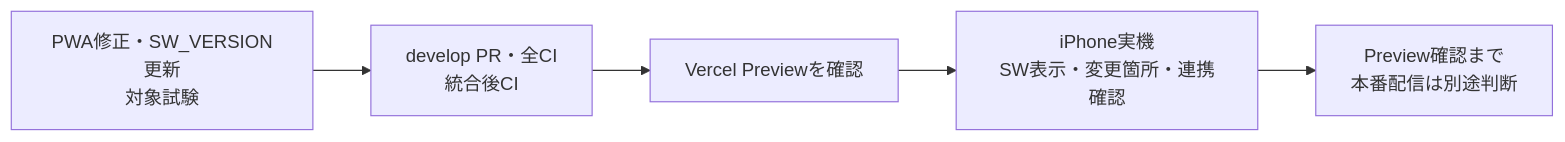
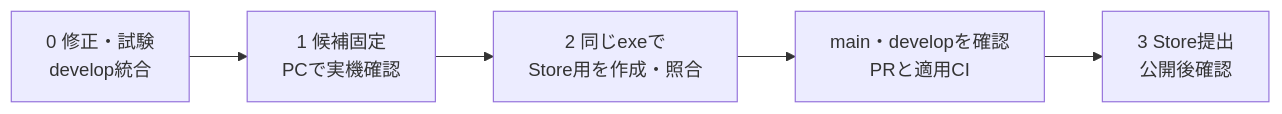
One commit to ore-no-fusen/ore-no-fusen changed the second of 3 diagrams in docs/010_RELEASE.md. Above: the diagram before and after it, drawn with Mermaid. The commit also changed other lines of this file and 1 other file, not shown here.

````diff
--- a/docs/010_RELEASE.md
+++ b/docs/010_RELEASE.md
@@ -104,4 +28,4 @@
 ```mermaid
 flowchart LR
-    A["PWA修正・SW_VERSION更新<br/>対象試験"] --> B["develop PR・全CI<br/>統合後CI"] --> C["Vercel Previewを確認"] --> D["iPhone実機<br/>SW表示・変更箇所・連携確認"] --> E["Preview確認まで<br/>本番配信は別途判断"]
+    A["0 修正・試験<br/>develop統合"] --> B["1 候補固定<br/>PCで実機確認"] --> C["2 同じexeで<br/>Store用を作成・照合"] --> D["main・developを確認<br/>PRと適用CI"] --> E["3 Store提出<br/>公開後確認"]
 ```
````
